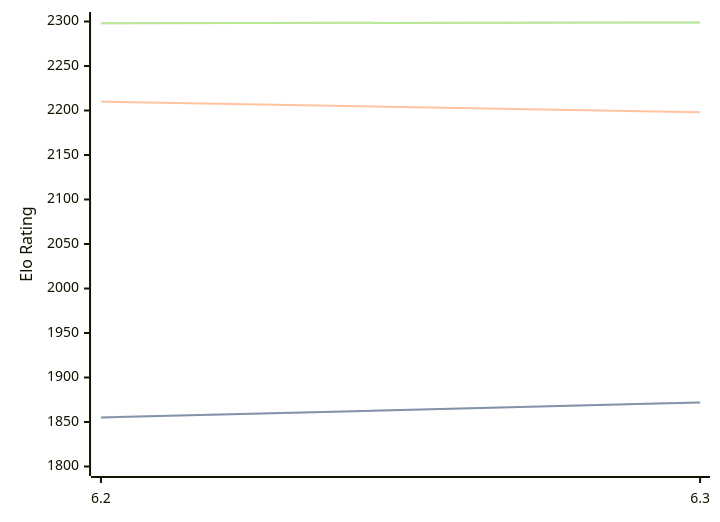
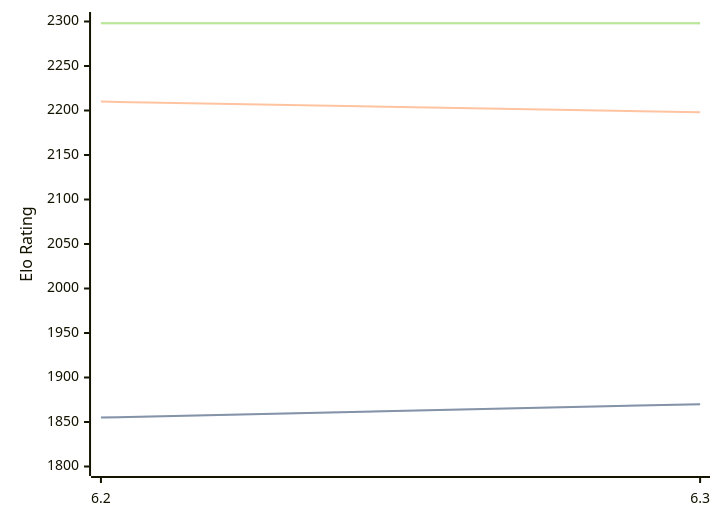
One commit to computer-chess-index/cci changed the diagram in engines/chess4j.md. Above: the diagram before and after it, drawn with Mermaid. The commit also changed other lines of this file, not shown here.

Commit message:
Update CCI Ratings (ELO VLTC) - 2026-09-08

````diff
--- a/engines/chess4j.md
+++ b/engines/chess4j.md
@@ -32,11 +32,11 @@
 ```mermaid
 %%{init: {"theme":"base","themeVariables":{"seriesColors:['#a3a3a3','#222221','#faa371']}}}%%
 xychart-beta
   x-axis ["6.2", "6.3"]
   y-axis "Elo Rating" 1800 --> 2300
-  line "" [1855, 1872]
-  line "STC (8.0+0.08s)" [1855, 1872]
+  line "" [1855, 1870]
+  line "STC (8.0+0.08s)" [1855, 1870]
   line "LTC (60.0+0.60s)" [2210, 2198]
-  line "" [2298, 2299]
-  line "VLTC (2m24s+1.12s)" [2298, 2299]
+  line "" [2298, 2298]
+  line "VLTC (2m24s+1.12s)" [2298, 2298]
 ```
````
